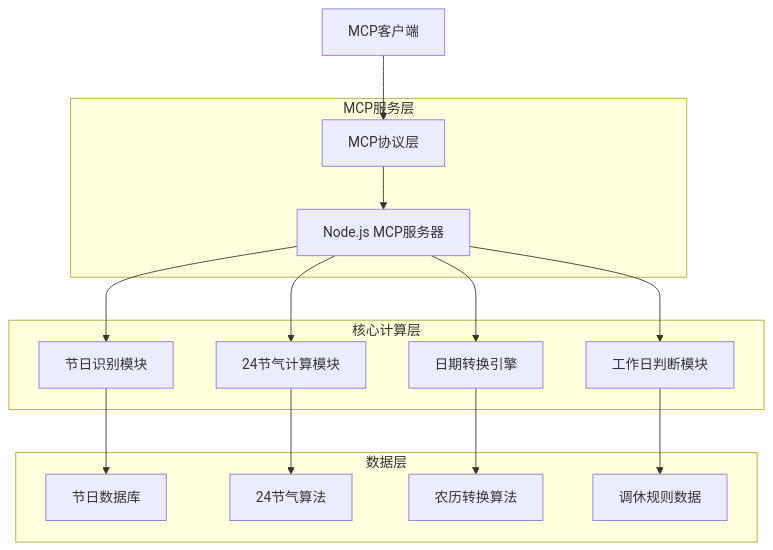
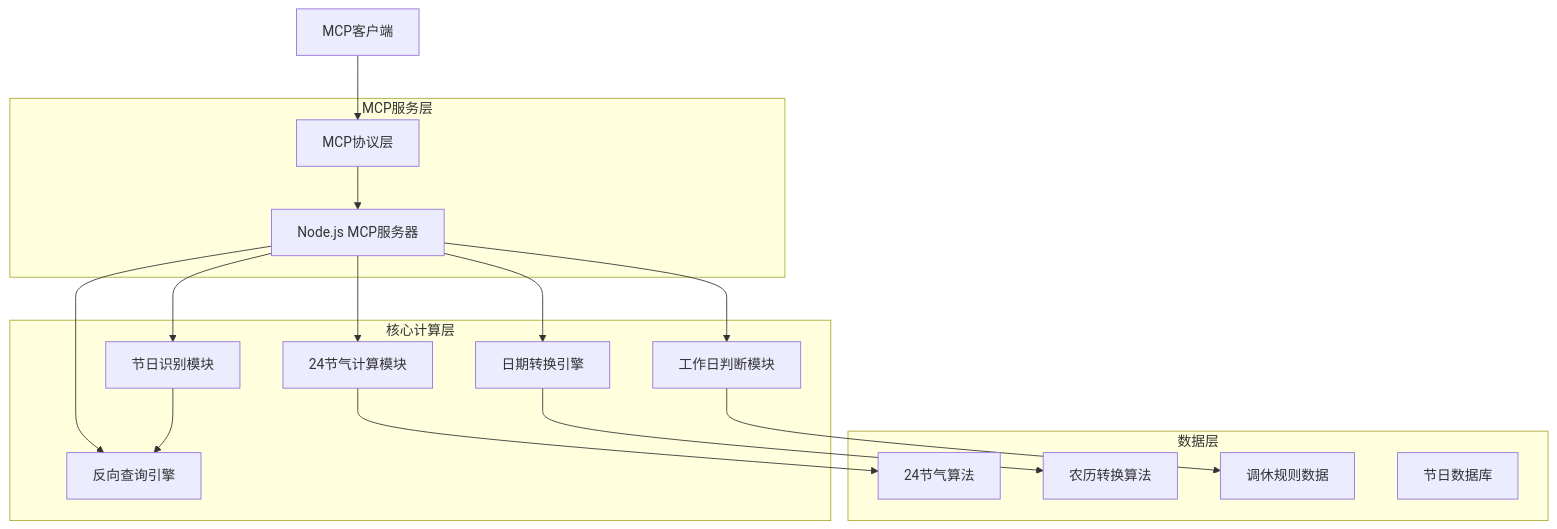
Before and after one commit to Tairraos/sino-calendar-mcp: the first of 3 diagrams in .trae/documents/中国农历节日转换MCP服务技术架构文档.md, drawn with Mermaid. The commit also changed other lines of this file and 14 other files, not shown here.

````diff
--- a/.trae/documents/中国农历节日转换MCP服务技术架构文档.md
+++ b/.trae/documents/中国农历节日转换MCP服务技术架构文档.md
@@ -5,33 +5,35 @@
 ```mermaid
 graph TD
     A[MCP客户端] --> B[MCP协议层]
     B --> C[Node.js MCP服务器]
     C --> D[日期转换引擎]
     C --> E[节日识别模块]
     C --> F[24节气计算模块]
     C --> G[工作日判断模块]
+    C --> H[反向查询引擎]
 
     subgraph "MCP服务层"
         B
         C
     end
 
     subgraph "核心计算层"
         D
         E
         F
         G
+        H
     end
 
     subgraph "数据层"
-        H[节日数据库]
         I[24节气算法]
         J[农历转换算法]
         K[调休规则数据]
+        L[节日数据库]
     end
 
     D --> J
     E --> H
     F --> I
     G --> K
 ```
````
